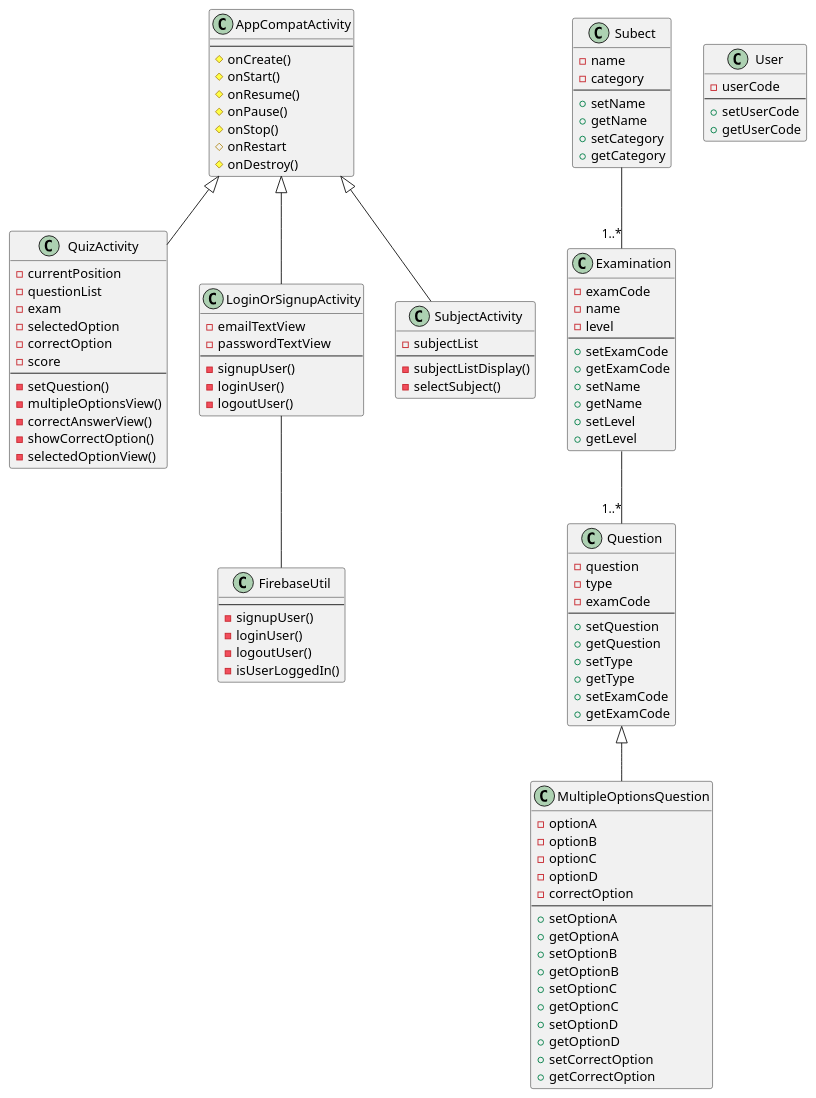
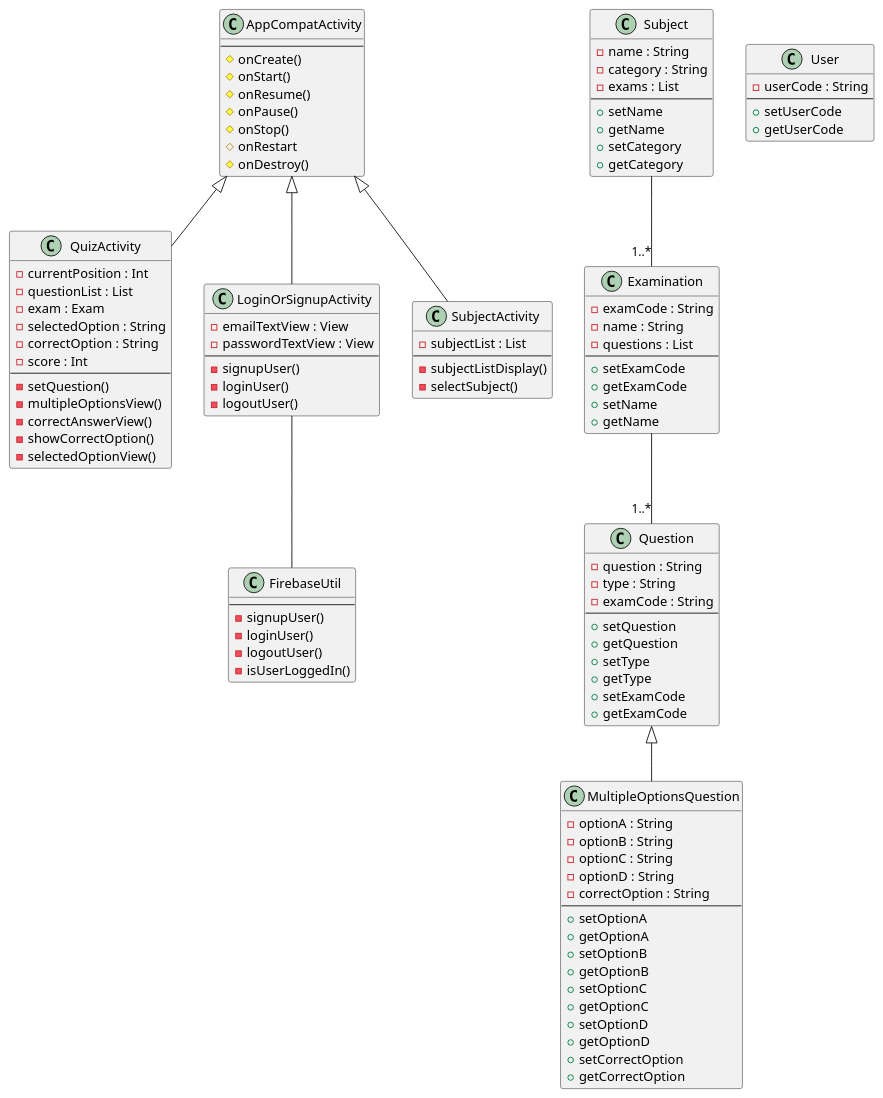
One commit to Tevingatheru/Funzo changed the diagram in docs/class-diagram.md. Above: the diagram before and after it, drawn with PlantUML. The commit also changed 6 other files, not shown here.

```diff
--- a/docs/class-diagram.md
+++ b/docs/class-diagram.md
@@ -12,12 +12,12 @@
 }
 
 class "QuizActivity" as quiz {
-  - currentPosition
-  - questionList
-  - exam
-  - selectedOption
-  - correctOption
-  - score
+  - currentPosition : Int
+  - questionList : List
+  - exam : Exam
+  - selectedOption : String
+  - correctOption : String
+  - score : Int
   --
   - setQuestion()
   - multipleOptionsView()
@@ -27,9 +27,9 @@
 }
 
 class "Question" as question {
-  - question
-  - type
-  - examCode
+  - question : String
+  - type : String
+  - examCode : String
   --
   + setQuestion
   + getQuestion
@@ -40,11 +40,11 @@
 }
 
 class "MultipleOptionsQuestion" as mOptions {
-  - optionA
-  - optionB
-  - optionC
-  - optionD
-  - correctOption
+  - optionA : String
+  - optionB : String
+  - optionC : String
+  - optionD : String
+  - correctOption : String
   --
   + setOptionA
   + getOptionA
@@ -66,9 +66,10 @@
   - isUserLoggedIn()
 }
 
-class "Subect" as subject {
-  - name
-  - category
+class "Subject" as subject {
+  - name : String
+  - category : String
+  - exams : List
   --
   + setName
   + getName
@@ -77,21 +78,19 @@
 }
 
 class "Examination" as exam {
-  - examCode
-  - name
-  - level
+  - examCode : String
+  - name : String
+  - questions : List
   --
   + setExamCode
   + getExamCode
   + setName
   + getName
-  + setLevel
-  + getLevel
 }
 
 class "LoginOrSignupActivity" as authentication {
-  - emailTextView
-  - passwordTextView
+  - emailTextView : View
+  - passwordTextView : View
   --
   - signupUser()
   - loginUser()
@@ -99,14 +98,14 @@
 }
 
 class "SubjectActivity" as subjectActivity {
-  - subjectList
+  - subjectList : List
   --
   - subjectListDisplay()
   - selectSubject()
 }
 
 class "User" as user {
-  - userCode
+  - userCode : String
   --
   + setUserCode
   + getUserCode
```
